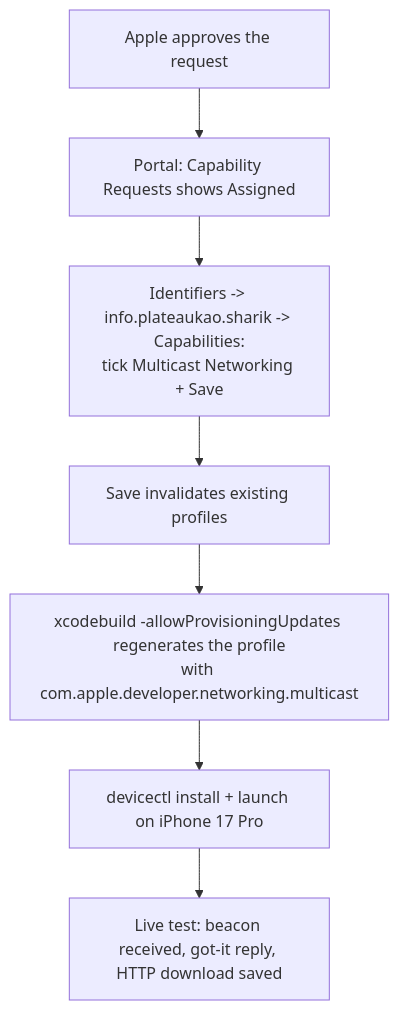
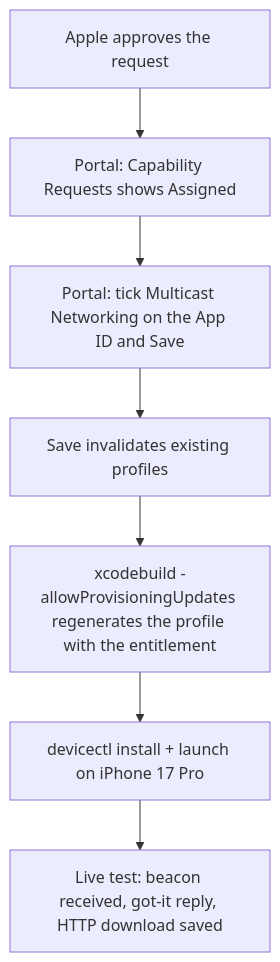
One commit to plateaukao/ADR changed the diagram in sharik-ios-multicast-approval-flow.md. Above: the diagram before and after it, drawn with Mermaid.

Commit message:
add sharik-ios-multicast-approval-flow

````diff
--- a/sharik-ios-multicast-approval-flow.md
+++ b/sharik-ios-multicast-approval-flow.md
@@ -9,11 +9,9 @@
 ```mermaid
 flowchart TD
     A[Apple approves the request] --> B[Portal: Capability Requests shows Assigned]
-    B --> C[Identifiers -> info.plateaukao.sharik -> Capabilities:
-tick Multicast Networking + Save]
+    B --> C[Portal: tick Multicast Networking on the App ID and Save]
     C --> D[Save invalidates existing profiles]
-    D --> E[xcodebuild -allowProvisioningUpdates regenerates the profile
-with com.apple.developer.networking.multicast]
+    D --> E[xcodebuild -allowProvisioningUpdates regenerates the profile with the entitlement]
     E --> F[devicectl install + launch on iPhone 17 Pro]
     F --> G[Live test: beacon received, got-it reply, HTTP download saved]
 ```
````
